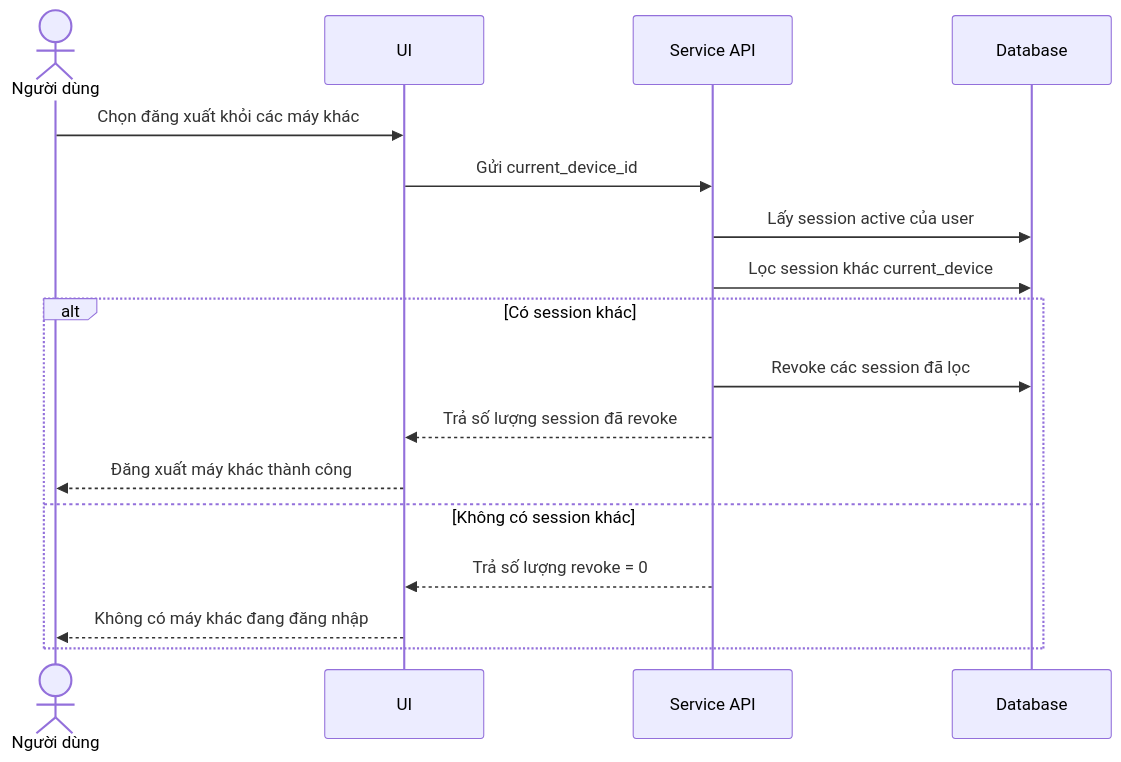
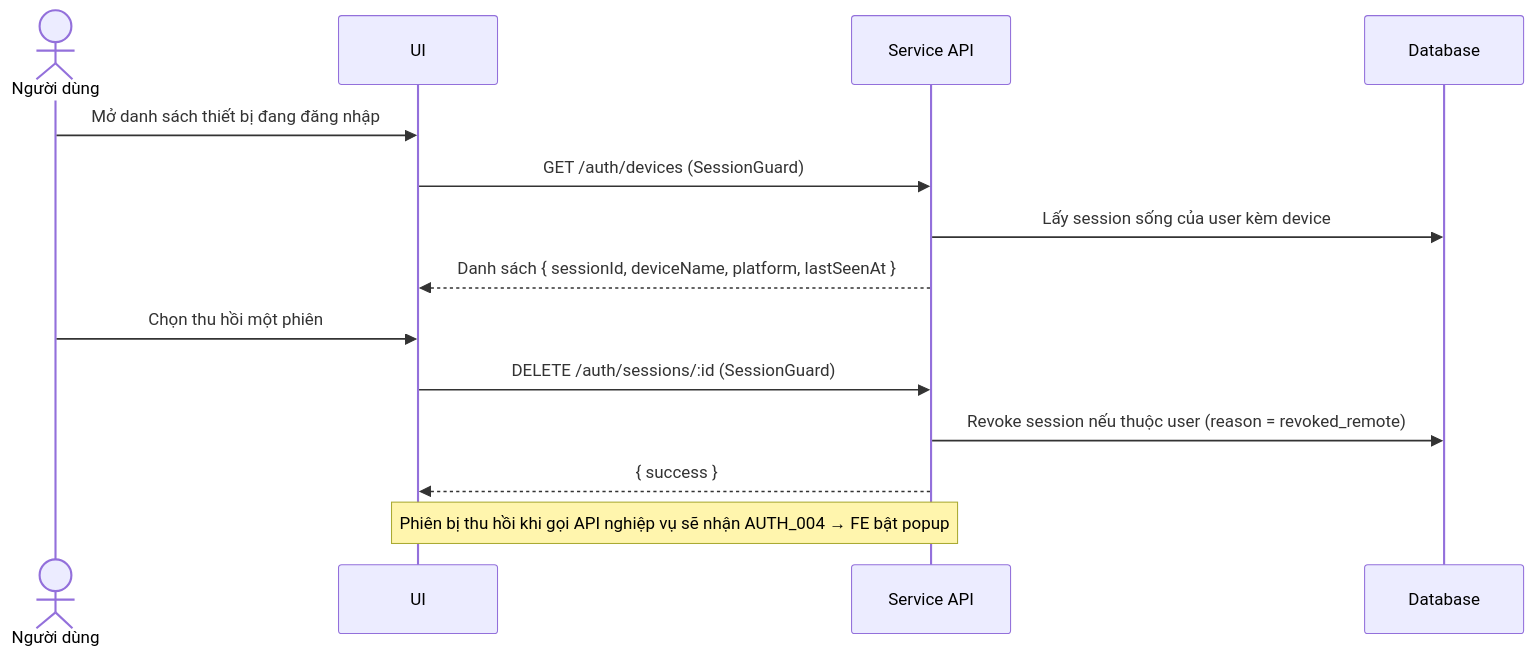
Before and after one commit to CVThien2k2/joytab: the sixth of 7 diagrams in docs/thiet-ke-he-thong-20260522.md, drawn with Mermaid. The commit also changed other lines of this file and 14 other files, not shown here.

First line of the commit message:
Update security documentation, system architecture, and technology selection

````diff
--- a/docs/thiet-ke-he-thong-20260522.md
+++ b/docs/thiet-ke-he-thong-20260522.md
@@ -137,20 +132,17 @@
 ```mermaid
 sequenceDiagram
   actor ND as Người dùng
   participant UI
   participant API as Service API
   participant DB as Database
 
-  ND->>UI: Chọn đăng xuất khỏi các máy khác
-  UI->>API: Gửi current_device_id
-  API->>DB: Lấy session active của user
-  API->>DB: Lọc session khác current_device
-  alt Có session khác
-    API->>DB: Revoke các session đã lọc
-    API-->>UI: Trả số lượng session đã revoke
-    UI-->>ND: Đăng xuất máy khác thành công
-  else Không có session khác
-    API-->>UI: Trả số lượng revoke = 0
-    UI-->>ND: Không có máy khác đang đăng nhập
-  end
+  ND->>UI: Mở danh sách thiết bị đang đăng nhập
+  UI->>API: GET /auth/devices (SessionGuard)
+  API->>DB: Lấy session sống của user kèm device
+  API-->>UI: Danh sách { sessionId, deviceName, platform, lastSeenAt }
+  ND->>UI: Chọn thu hồi một phiên
+  UI->>API: DELETE /auth/sessions/:id (SessionGuard)
+  API->>DB: Revoke session nếu thuộc user (reason = revoked_remote)
+  API-->>UI: { success }
+  Note over UI,API: Phiên bị thu hồi khi gọi API nghiệp vụ sẽ nhận AUTH_004 → FE bật popup
 ```
````
